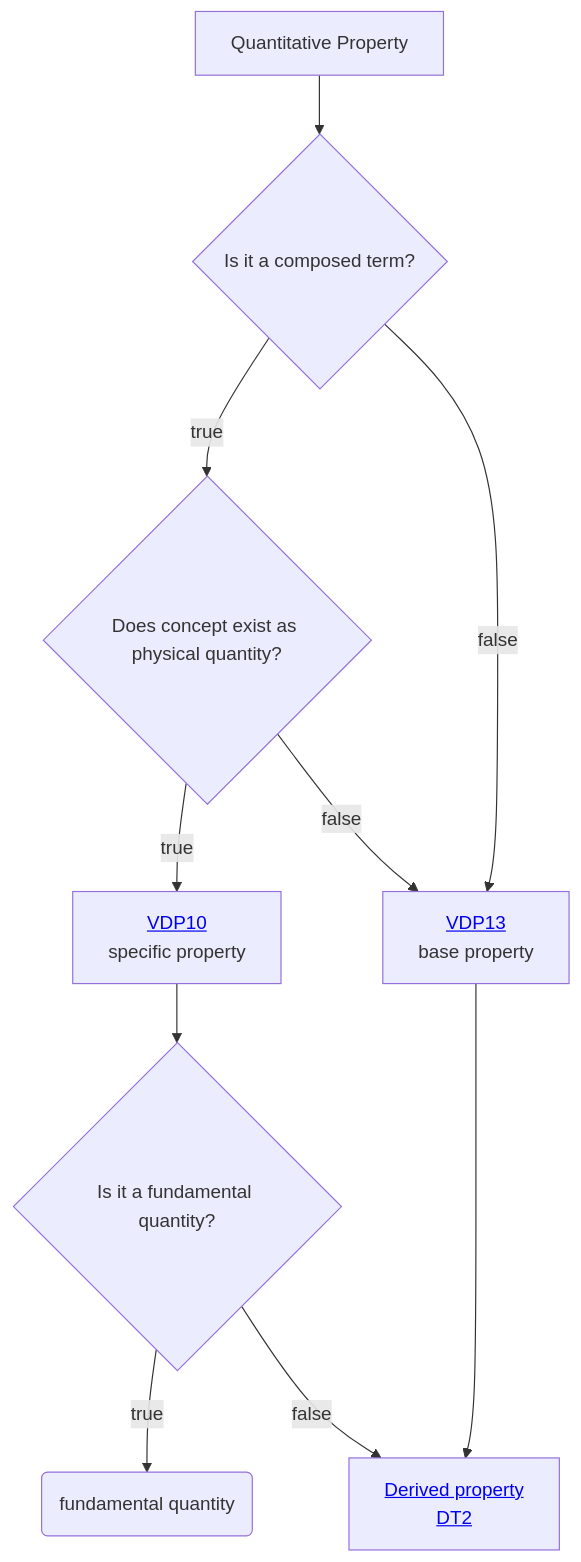
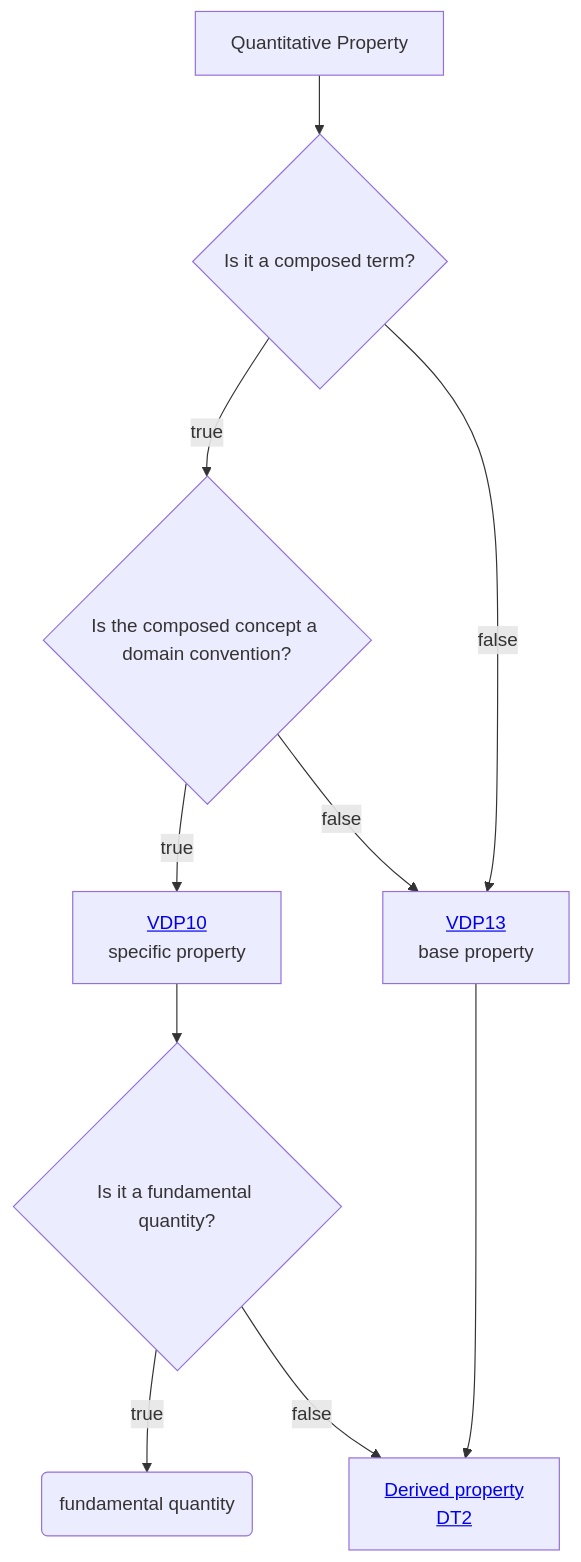
The diagram in Decisition_trees/DT1.mmd (mabablue/I-ADOPT-patterns-playground), drawn with Mermaid before and after one commit.

```diff
--- a/Decisition_trees/DT1.mmd
+++ b/Decisition_trees/DT1.mmd
@@ -1,10 +1,10 @@
 flowchart TD
     A[Quantitative Property] --> B{Is it a composed term?}
-    B --> |true|F{Does concept exist as physical quantity?}
+    B --> |true|F{Is the composed concept a domain convention?}
     B --> |false|D[<a href='https://github.com/mabablue/I-ADOPT-patterns-playground/blob/main/pattern/VDP13.yaml'>VDP13</a> <br> base property]
     F --> |true|H[<a href='https://github.com/mabablue/I-ADOPT-patterns-playground/blob/main/pattern/VDP10.yaml'>VDP10</a> <br> specific property]
     F --> |false|D
     H --> I{Is it a fundamental quantity?}
     D --> L[<a href='https://github.com/mabablue/I-ADOPT-patterns-playground/blob/main/Decisition_trees/DT2.mmd'>Next step <br> DT2</a>] 
     I --> |true|J(fundamental quantity)
     I --> |false|L[<a href='https://github.com/mabablue/I-ADOPT-patterns-playground/blob/main/Decisition_trees/DT2.mmd'>Derived property <br> DT2</a>] 
```
